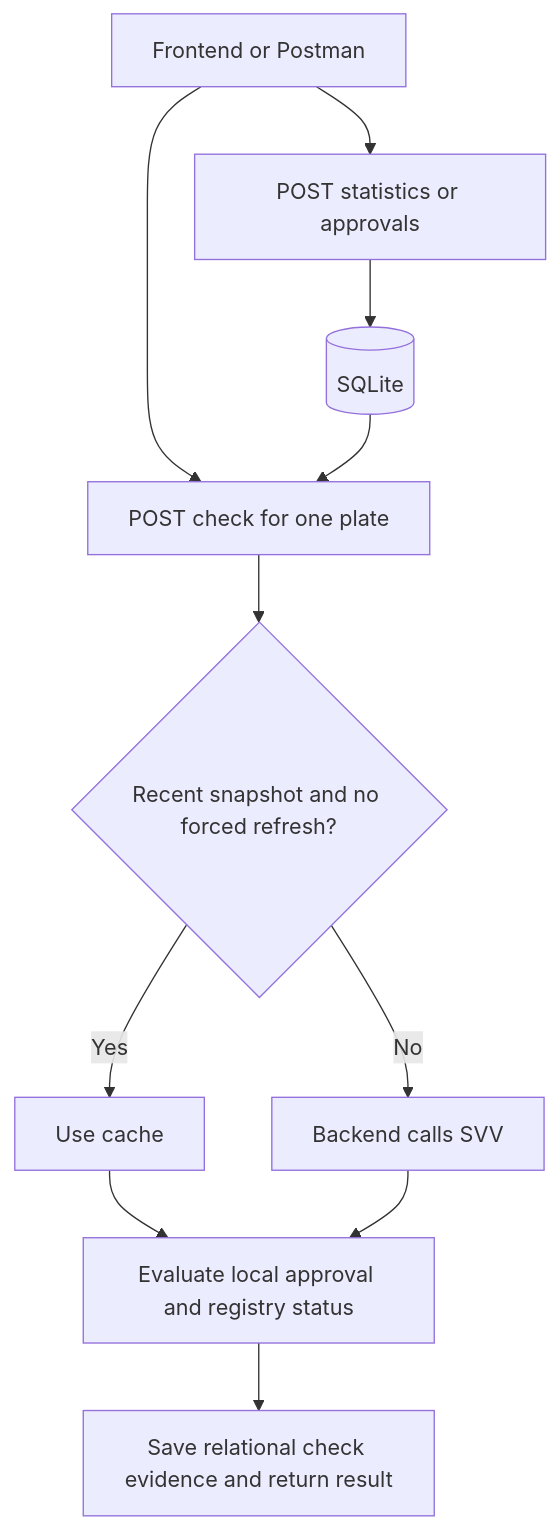
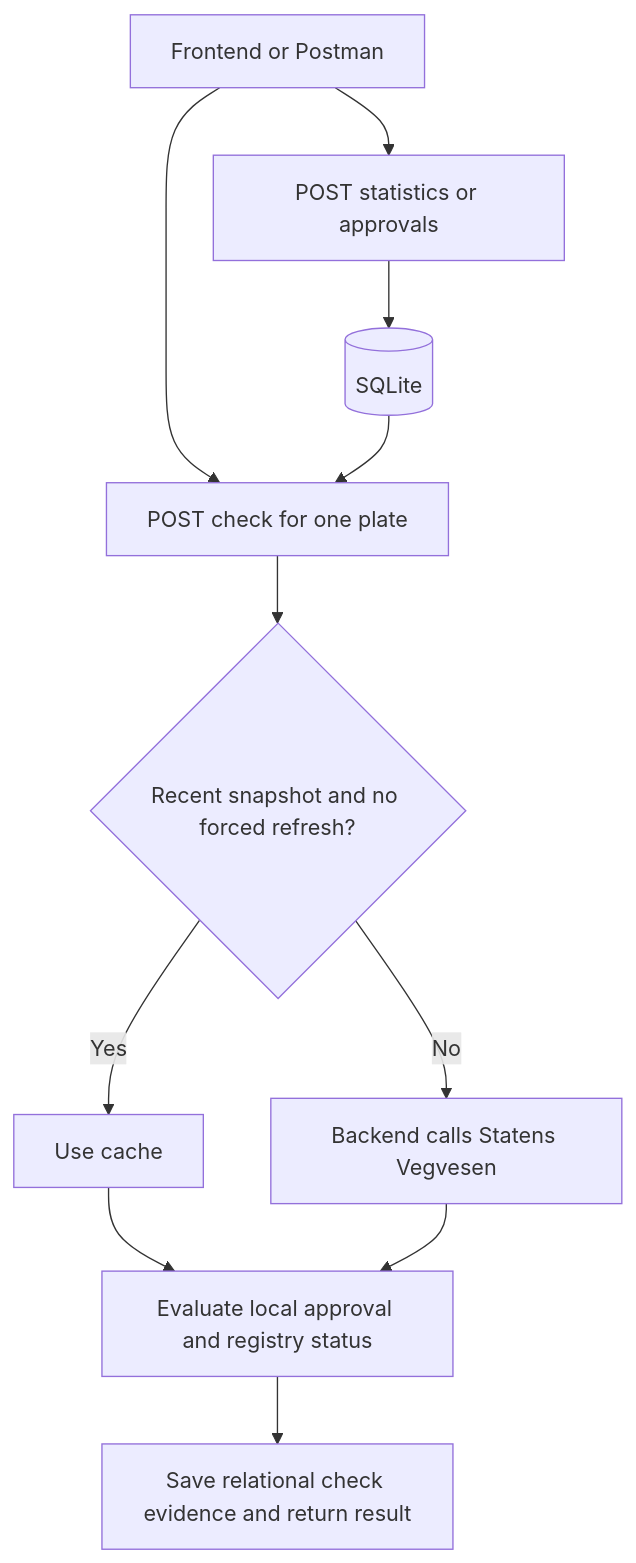
One commit to oskarlarsen/tdt4290-group7 changed the first of 2 diagrams in backend/README.md. Above: the diagram before and after it, drawn with Mermaid. The commit also changed other lines of this file and 31 other files, not shown here.

````diff
--- a/backend/README.md
+++ b/backend/README.md
@@ -16,13 +16,13 @@
 ```mermaid
 flowchart TD
     A[Frontend or Postman] --> B[POST statistics or approvals]
     B --> C[(SQLite)]
     A --> D[POST check for one plate]
     C --> D
     D --> E{Recent snapshot and no forced refresh?}
     E -- Yes --> F[Use cache]
-    E -- No --> G[Backend calls SVV]
+    E -- No --> G[Backend calls Statens Vegvesen]
     F --> H[Evaluate local approval and registry status]
     G --> H
     H --> I[Save relational check evidence and return result]
 ```
````
